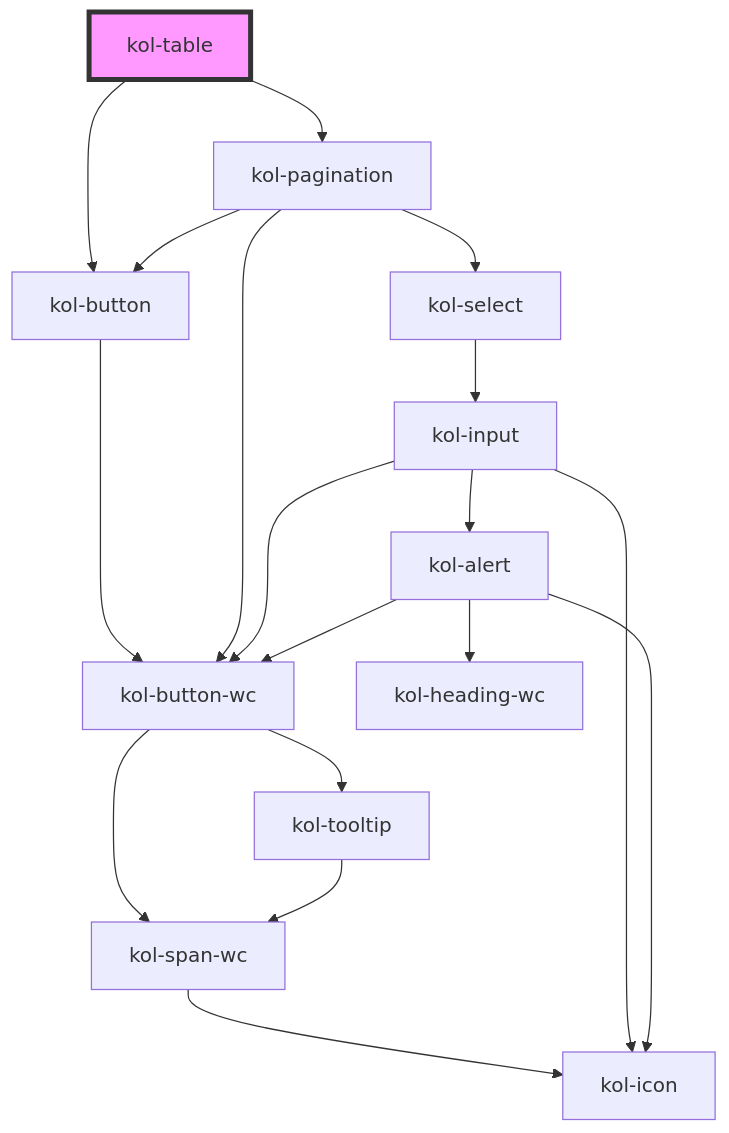
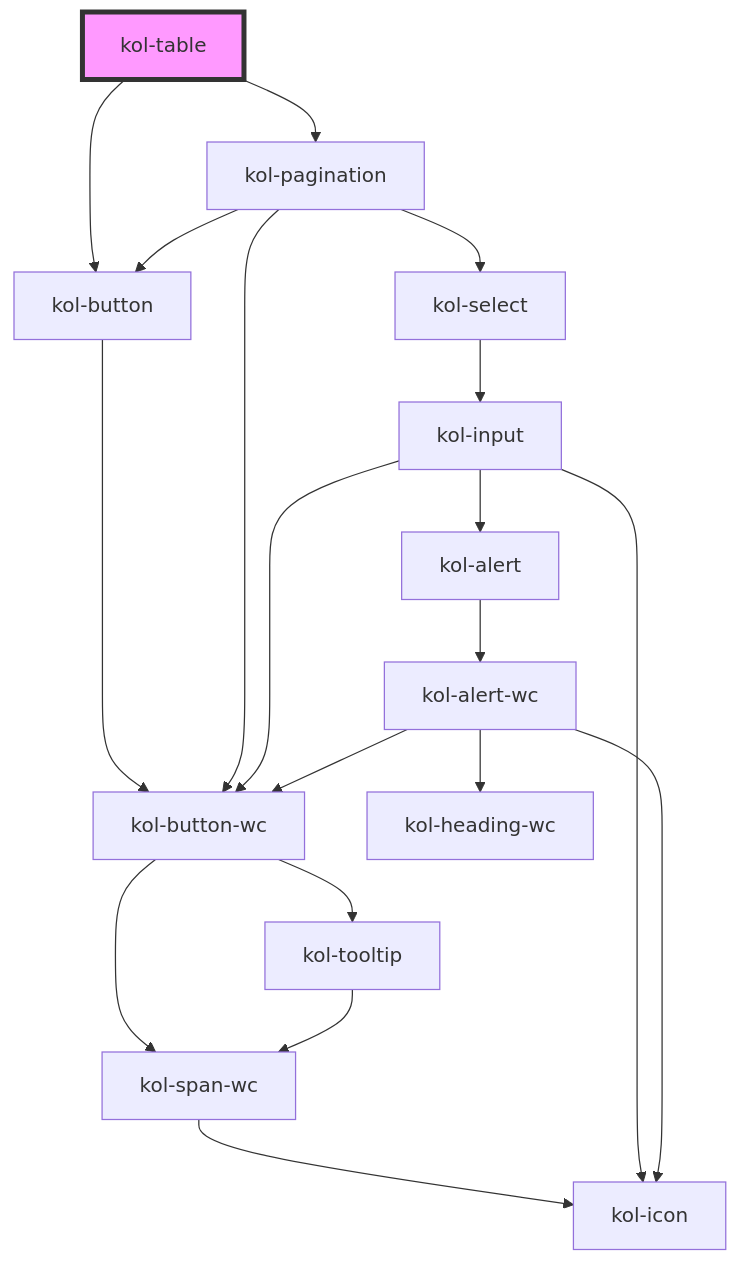
The diagram in packages/components/src/components/table/readme.md (public-ui/kolibri), drawn with Mermaid before and after one commit. The commit also changed 35 other files, not shown here.

````diff
--- a/packages/components/src/components/table/readme.md
+++ b/packages/components/src/components/table/readme.md
@@ -141,21 +141,22 @@
 ```mermaid
 graph TD;
   kol-table --> kol-button
   kol-table --> kol-pagination
   kol-button --> kol-button-wc
   kol-button-wc --> kol-span-wc
   kol-button-wc --> kol-tooltip
   kol-span-wc --> kol-icon
   kol-tooltip --> kol-span-wc
   kol-pagination --> kol-button
   kol-pagination --> kol-select
   kol-pagination --> kol-button-wc
   kol-select --> kol-input
   kol-input --> kol-icon
   kol-input --> kol-button-wc
   kol-input --> kol-alert
-  kol-alert --> kol-heading-wc
-  kol-alert --> kol-button-wc
-  kol-alert --> kol-icon
+  kol-alert --> kol-alert-wc
+  kol-alert-wc --> kol-heading-wc
+  kol-alert-wc --> kol-button-wc
+  kol-alert-wc --> kol-icon
   style kol-table fill:#f9f,stroke:#333,stroke-width:4px
 ```
````
